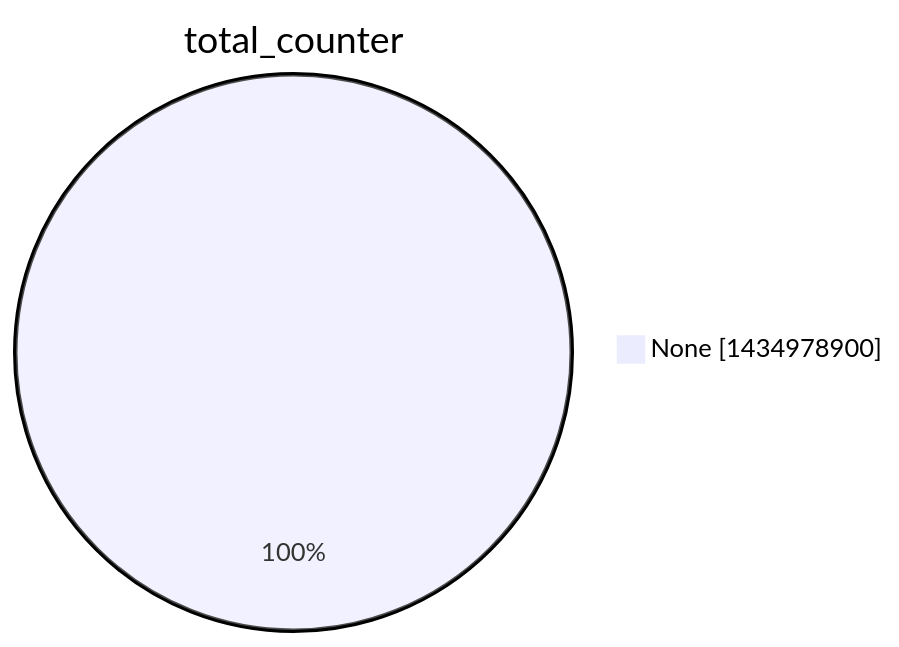
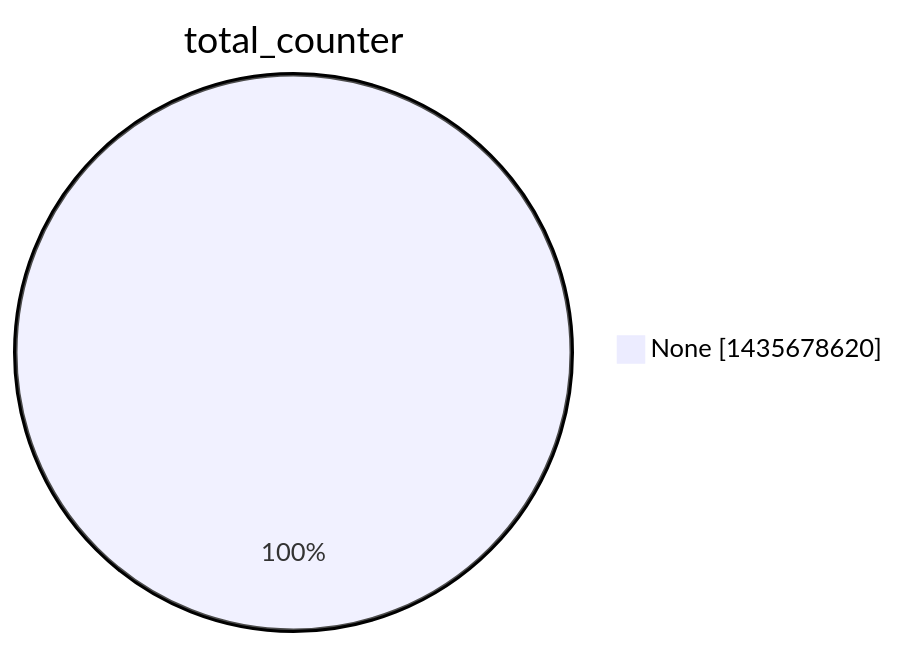
Before and after one commit to christiankrug/ctmonitor_visualization: the second of 15 diagrams in argon2022/README.md, drawn with Mermaid. The commit also changed other lines of this file, not shown here.

````diff
--- a/argon2022/README.md
+++ b/argon2022/README.md
@@ -9,5 +9,5 @@
 ```mermaid
 pie showData
 title total_counter
-"None" :1434978900
+"None" :1435678620
 ```
````
